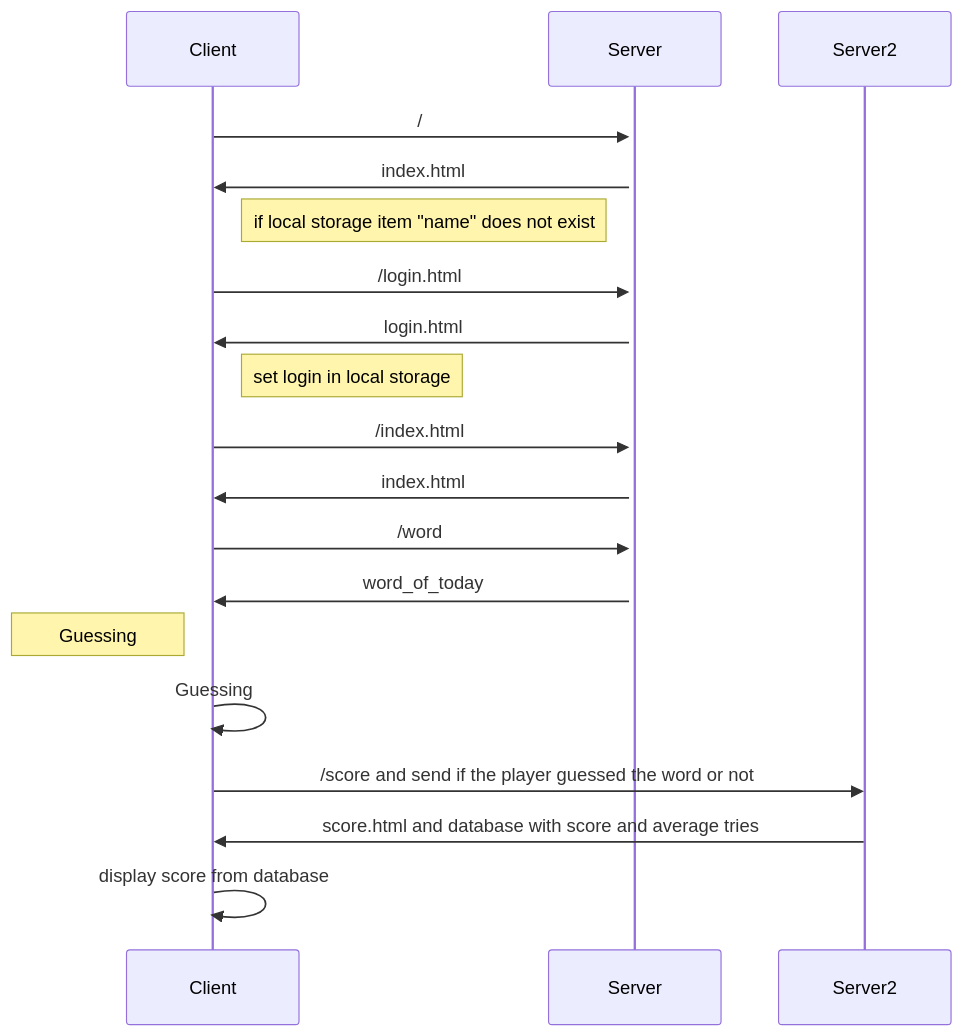
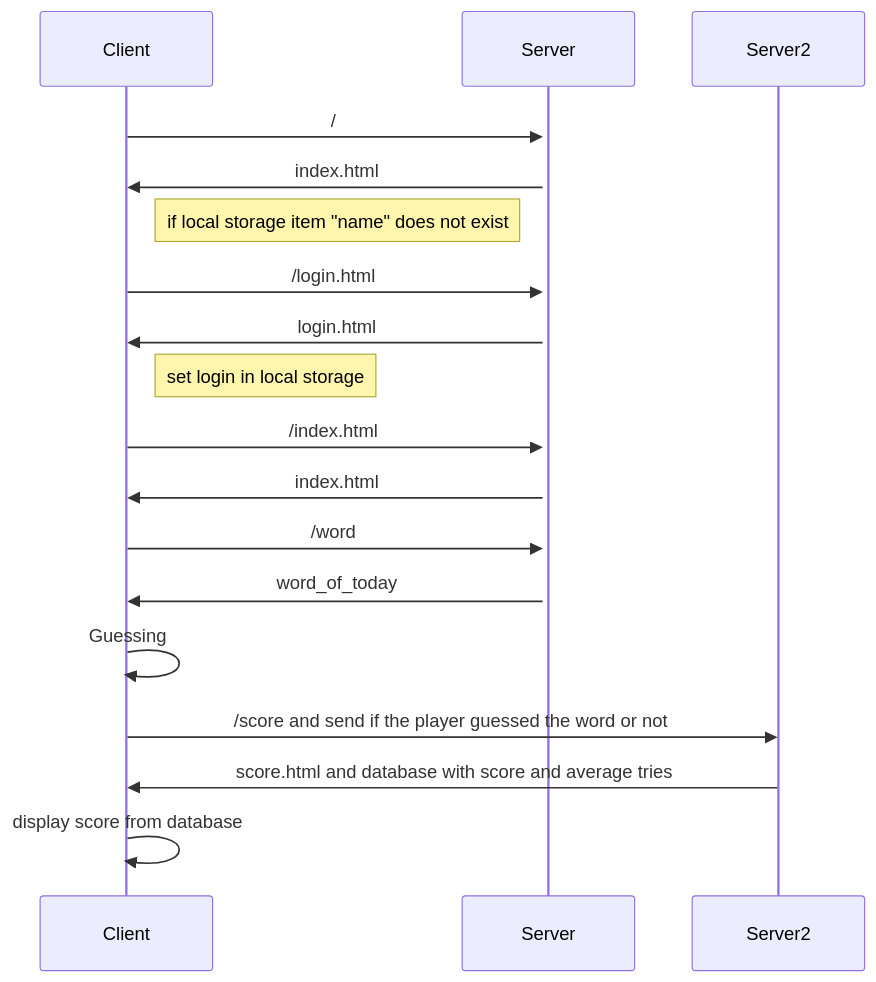
Before and after one commit to VictoriaWieca/motus_Zaafira_Victoria: the diagram in README.md, drawn with Mermaid.

````diff
--- a/README.md
+++ b/README.md
@@ -24,18 +24,17 @@
 ```mermaid
 sequenceDiagram
     Client->>+Server: /
     Server->>Client: index.html
     note right of Client : if local storage item "name" does not exist
     Client->>Server: /login.html
     Server->>Client: login.html
     note right of Client : set login in local storage
     Client->>Server: /index.html
     Server->>Client: index.html
     Client->>Server: /word
     Server->>Client: word_of_today
-    note left of Client: Guessing
     Client->>Client: Guessing 
     Client->>Server2: /score and send if the player guessed the word or not 
     Server2->>Client: score.html and database with score and average tries
     Client->>Client: display score from database
 ```
````
